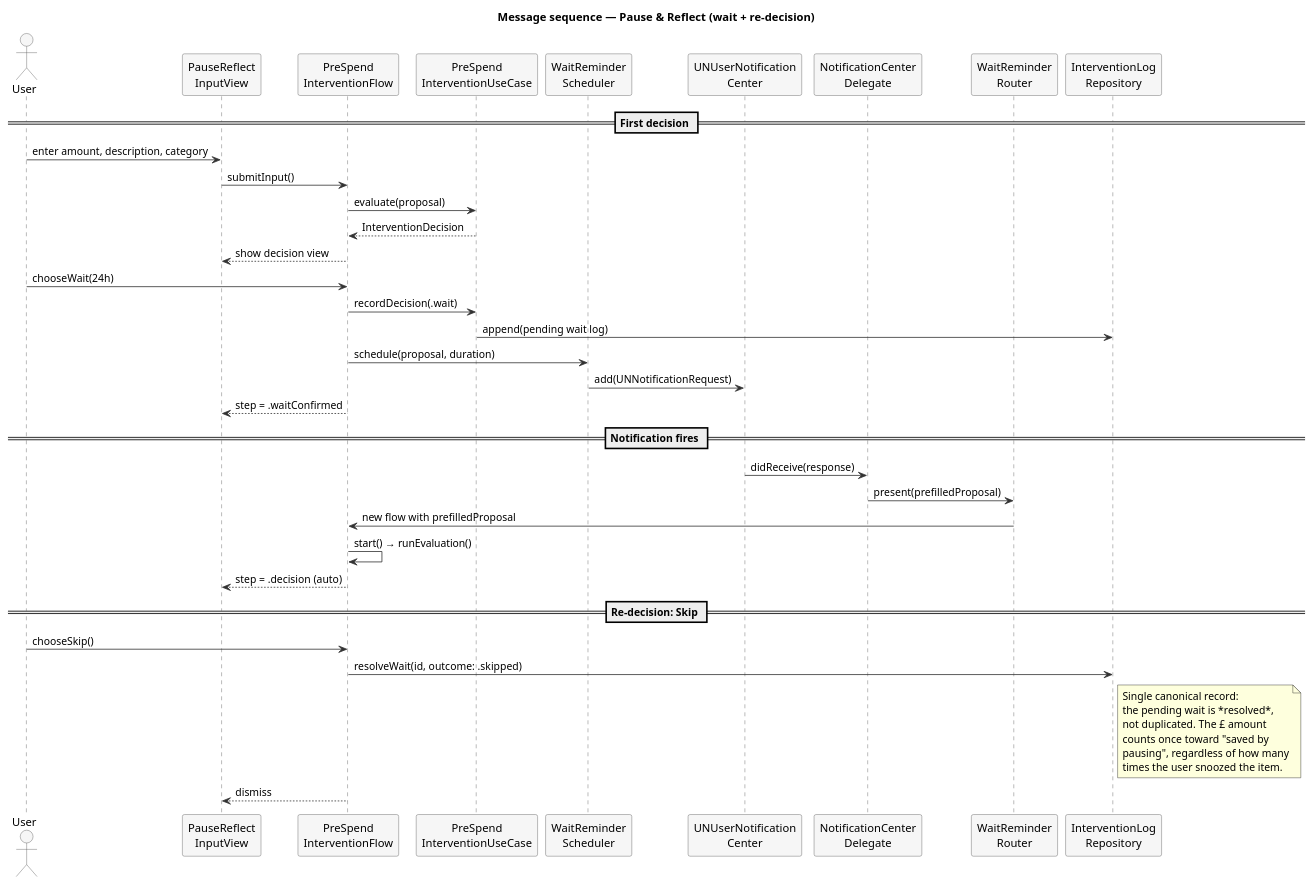
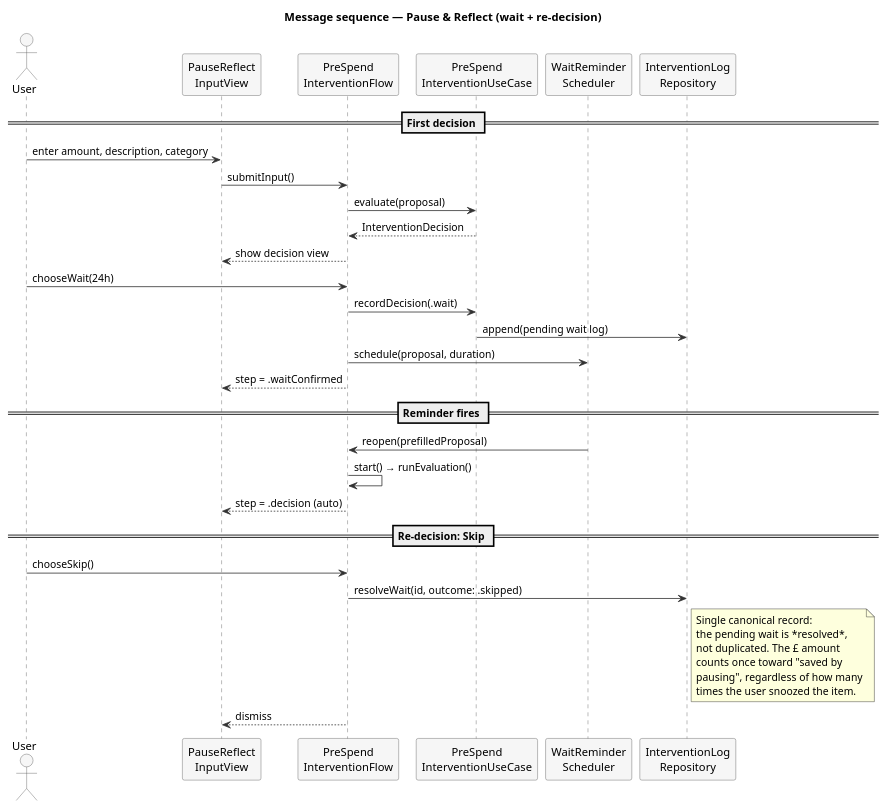
Before and after one commit to beckz001/Bujet: the diagram in portfolio_diagrams/11_sequence_pause_reflect.puml, drawn with PlantUML. The commit also changed 3 other files, not shown here.

Commit message:
Updated sequence diagram to match class diagram. Lecturuer expects them both to match exactly. Reduced detailedness of sprint 3 class diagram. Added complexity is confusing and unnecessary. Lecturuer can understand better.

```diff
--- a/portfolio_diagrams/11_sequence_pause_reflect.puml
+++ b/portfolio_diagrams/11_sequence_pause_reflect.puml
@@ -1,58 +1,52 @@
 @startuml Sequence_PauseReflect_WaitRedecision
 title Message sequence — Pause & Reflect (wait + re-decision)
 
 skinparam shadowing false
 skinparam sequence {
   ArrowColor #333333
   LifeLineBorderColor #555555
   ParticipantBorderColor #555555
   ParticipantBackgroundColor #F6F6F6
   ActorBorderColor #555555
   ActorBackgroundColor #F6F6F6
 }
 
 actor User
 participant "PauseReflect\nInputView"          as Input
 participant "PreSpend\nInterventionFlow"       as Flow
 participant "PreSpend\nInterventionUseCase"    as UseCase
 participant "WaitReminder\nScheduler"          as Sched
-participant "UNUserNotification\nCenter"       as UN
-participant "NotificationCenter\nDelegate"     as Del
-participant "WaitReminder\nRouter"             as Router
 participant "InterventionLog\nRepository"      as LogRepo
 
 == First decision ==
 User -> Input : enter amount, description, category
 Input -> Flow : submitInput()
 Flow  -> UseCase : evaluate(proposal)
 UseCase --> Flow : InterventionDecision
 Flow  --> Input  : show decision view
 
 User -> Flow : chooseWait(24h)
 Flow -> UseCase : recordDecision(.wait)
 UseCase -> LogRepo : append(pending wait log)
 Flow -> Sched : schedule(proposal, duration)
-Sched -> UN   : add(UNNotificationRequest)
 Flow --> Input : step = .waitConfirmed
 
-== Notification fires ==
-UN  -> Del    : didReceive(response)
-Del -> Router : present(prefilledProposal)
-Router -> Flow : new flow with prefilledProposal
+== Reminder fires ==
+Sched -> Flow : reopen(prefilledProposal)
 Flow -> Flow  : start() → runEvaluation()
 Flow --> Input : step = .decision (auto)
 
 == Re-decision: Skip ==
 User -> Flow : chooseSkip()
 Flow -> LogRepo : resolveWait(id, outcome: .skipped)
 note right of LogRepo
   Single canonical record:
   the pending wait is *resolved*,
   not duplicated. The £ amount
   counts once toward "saved by
   pausing", regardless of how many
   times the user snoozed the item.
 end note
 Flow --> Input : dismiss
 
 @enduml
```
